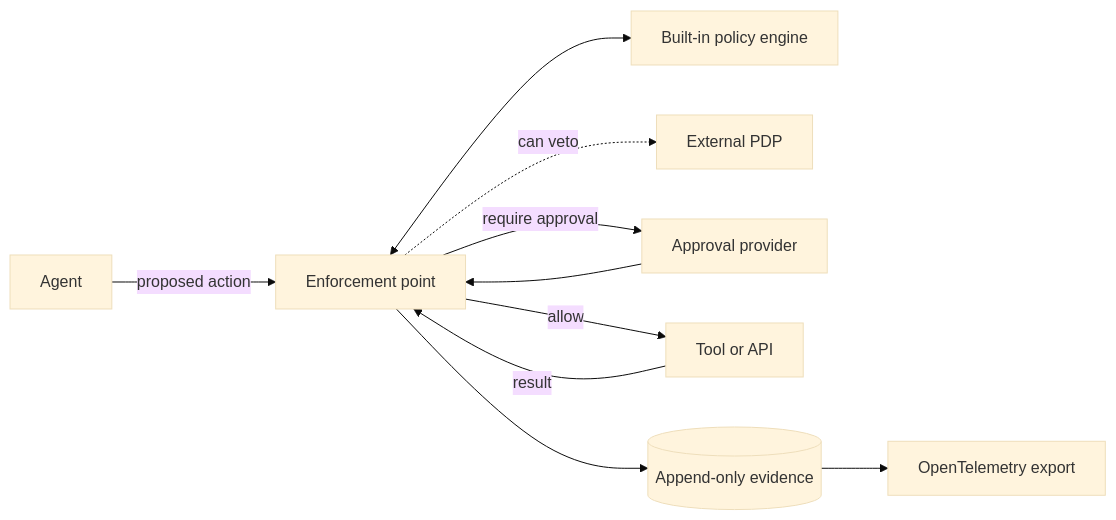
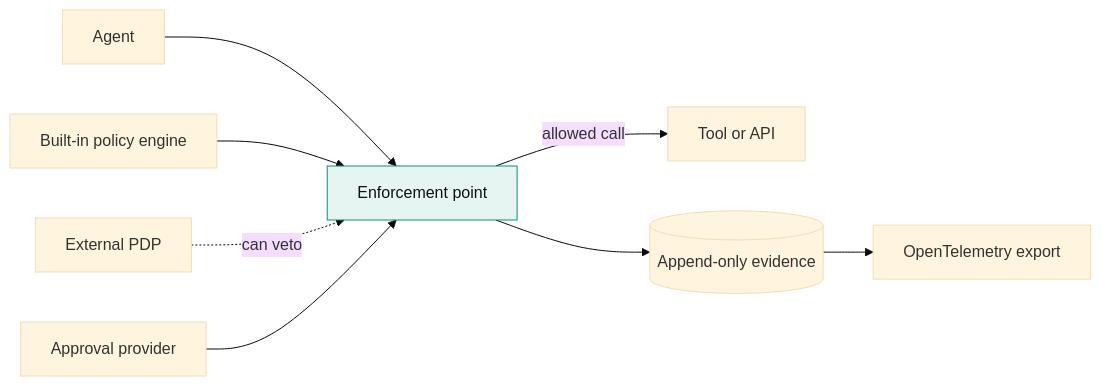
One commit to guardana/control changed the first of 3 diagrams in README.md. Above: the diagram before and after it, drawn with Mermaid (base theme). The commit also changed other lines of this file and 2 other files, not shown here.

Commit message:
docs: give the README's diagrams a text alternative
Each of the README's three diagrams now carries accTitle and accDescr,
the title and description a screen reader reads in place of the
drawing. They also fit the Mermaid subset the planned website draws as
static SVG: no cycle, no two-way edge, and a group only where its
members sit on one level.

The first diagram shows what feeds a decision on the left and what
leaves it on the right, instead of arrows running back into the
enforcement point. The second groups only the inputs and the outputs,
marks Control's own parts with the accent colour in place of the old
Control group, and keeps evidence feeding the supervisor; stopping an
agent moves into the enforcement point's label. All three still render
in Mermaid as GitHub draws it.

The page check read an accTitle: line as a node and failed. It now
drops both lines before counting nodes, in every diagram kind, and
refuses one left empty.

````diff
--- a/README.md
+++ b/README.md
@@ -63,12 +63,14 @@
 ```mermaid
 flowchart LR
-    AG[Agent] -->|proposed action| PEP[Enforcement point]
-    PEP <--> POL[Built-in policy engine]
-    PEP -.->|can veto| PDP[External PDP]
-    PEP -->|require approval| APR[Approval provider]
-    APR --> PEP
-    PEP -->|allow| TOOL[Tool or API]
-    TOOL -->|result| PEP
+    accTitle: How a tool call is decided today
+    accDescr: The enforcement point decides an agent's proposed call from the built-in policy engine, an external decision point that can only veto, and an approval provider when a person has to approve. An allowed call goes to the tool or API. Every decision is appended to the evidence, which is exported over OpenTelemetry.
+    AG[Agent] --> PEP[Enforcement point]
+    POL[Built-in policy engine] --> PEP
+    PDP[External PDP] -.->|can veto| PEP
+    APR[Approval provider] --> PEP
+    PEP -->|allowed call| TOOL[Tool or API]
     PEP --> EV[(Append-only evidence)]
     EV --> OTEL[OpenTelemetry export]
+    classDef accent fill:#E6F4F2,stroke:#0B8F80,color:#0F1115
+    class PEP accent
 ```
````
